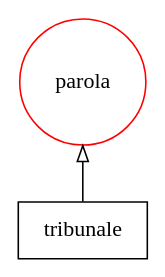
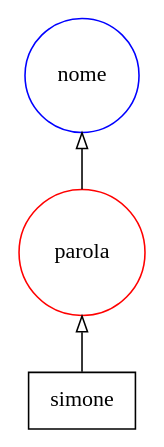
Before and after one commit to Simoruty/AI-course-project: the diagram in var/spiegazioni/tag6.dot, drawn with Graphviz. The commit also changed 283 other files, not shown here.

```diff
--- a/var/spiegazioni/tag6.dot
+++ b/var/spiegazioni/tag6.dot
@@ -1,33 +1,35 @@
 digraph {
    rankdir=BT;
    edge [arrowhead=empty];
 
    subgraph {
       rank="source";
       edge [arrowhead=normal];
       node [shape=box];
-      t8 [label="tribunale"];
+      t1 [label="simone"];
    }
 
    subgraph {
       rank="same";
       node [color=red,shape=circle];
-      tag6 [label=parola]; 
+      tag0 [label=parola]; 
    }
 
    subgraph {
       rank="same";
       node [color=blue,shape=circle];
+      tag6 [label=nome]; 
    }
 
    subgraph {
       rank="same";
       node [color=green,shape=circle];
    }
 
    subgraph {
       rank="same";
       node [color=orange,shape=circle];
    }
-   t8 -> tag6;
+   tag0 -> tag6;
+   t1 -> tag0;
 }
```
